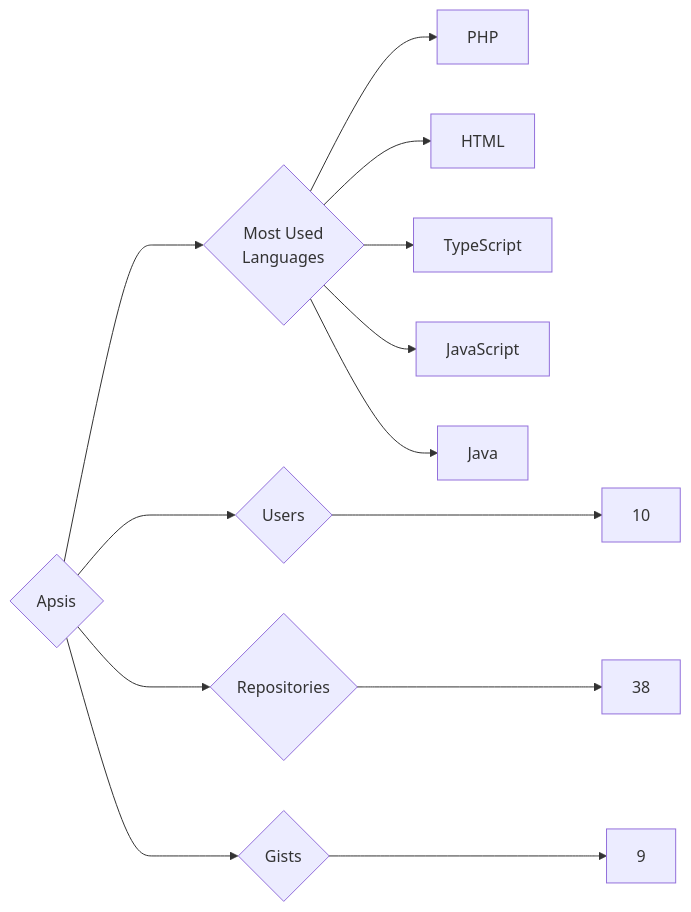
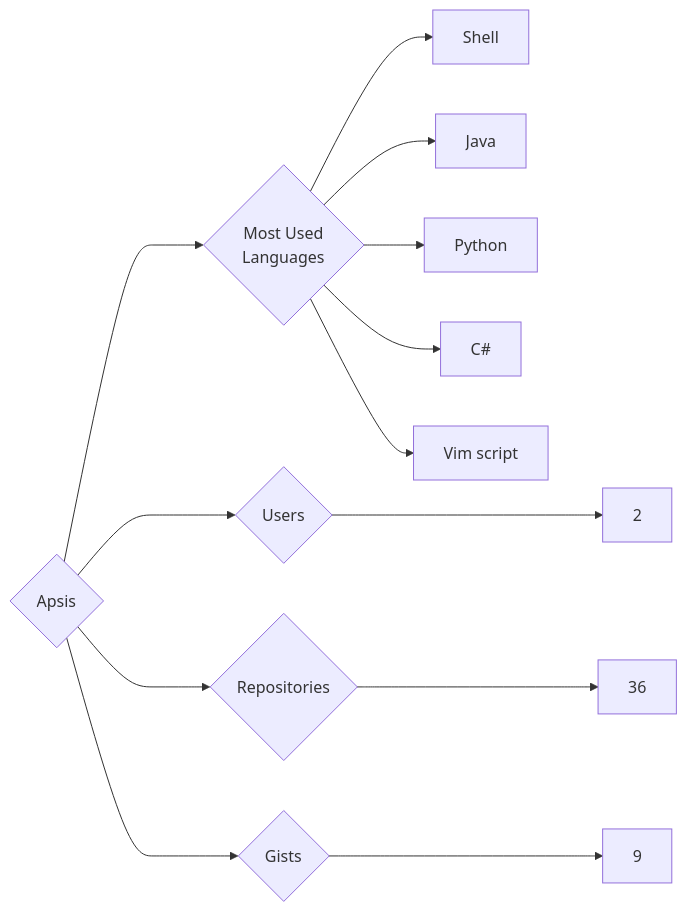
The diagram in targets/Apsis/README.md (trickest/insiders), drawn with Mermaid before and after one commit. The commit also changed 872 other files, not shown here.

````diff
--- a/targets/Apsis/README.md
+++ b/targets/Apsis/README.md
@@ -3,13 +3,13 @@
 ```mermaid
 graph LR
 COMPANY_NAME{Apsis}
-COMPANY_NAME ---> U{Users} ---> UN[10]
-COMPANY_NAME ---> R{Repositories} ---> RN[38]
+COMPANY_NAME ---> U{Users} ---> UN[2]
+COMPANY_NAME ---> R{Repositories} ---> RN[36]
 COMPANY_NAME ---> G{Gists} ---> GN[9]
 COMPANY_NAME ---> ML{Most Used<br>Languages}
-ML --> PHP[PHP]
-ML --> HTML[HTML]
-ML --> TypeScript[TypeScript]
-ML --> JavaScript[JavaScript]
+ML --> Shell[Shell]
 ML --> Java[Java]
+ML --> Python[Python]
+ML --> C#[C#]
+ML --> Vim_script[Vim script]
 ```
````
